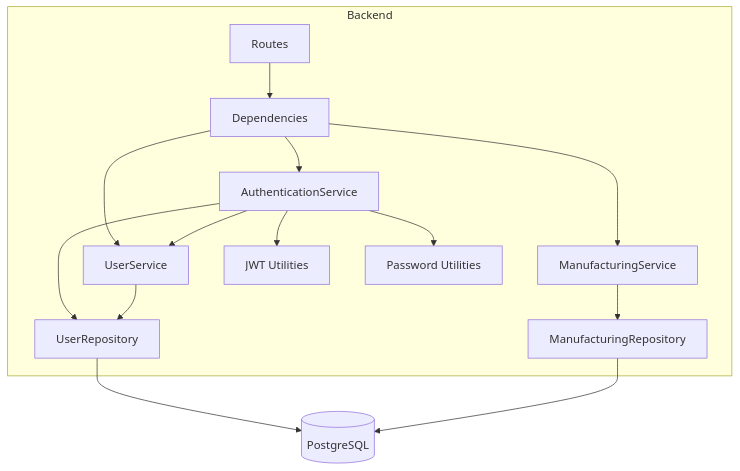
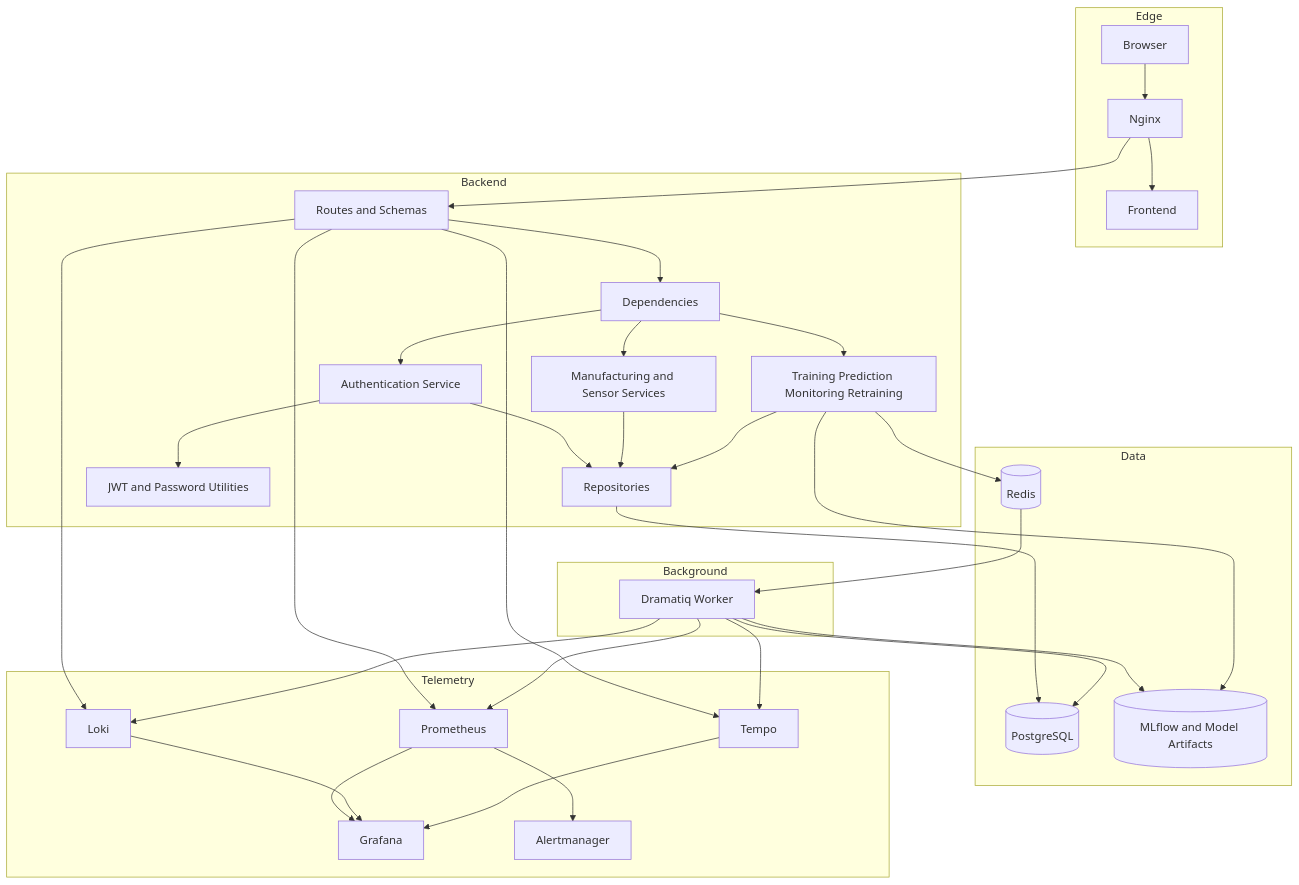
The ninth of 10 diagrams in docs/architecture.md (fariskishtah/enterprise-ai-platform), drawn with Mermaid before and after one commit. The commit also changed other lines of this file and 3 other files, not shown here.

````diff
--- a/docs/architecture.md
+++ b/docs/architecture.md
@@ -198,26 +387,60 @@
 ```mermaid
 flowchart TB
+    subgraph Edge
+        Browser
+        Nginx
+        Frontend
+    end
     subgraph Backend
-        API[Routes]
+        API[Routes and Schemas]
         DI[Dependencies]
-        Auth[AuthenticationService]
-        Users[UserService]
-        Manufacturing[ManufacturingService]
-        UserRepo[UserRepository]
-        ManufacturingRepo[ManufacturingRepository]
-        JWT[JWT Utilities]
-        Passwords[Password Utilities]
+        Auth[Authentication Service]
+        Manufacturing[Manufacturing and Sensor Services]
+        AI[Training Prediction Monitoring Retraining]
+        Repositories[Repositories]
+        Security[JWT and Password Utilities]
     end
+    subgraph Data
+        DB[(PostgreSQL)]
+        Redis[(Redis)]
+        MLflow[(MLflow and Model Artifacts)]
+    end
+    subgraph Background
+        Worker[Dramatiq Worker]
+    end
+    subgraph Telemetry
+        Prometheus
+        Loki
+        Tempo
+        Grafana
+        Alertmanager
+    end
+
+    Browser --> Nginx
+    Nginx --> Frontend
+    Nginx --> API
     API --> DI
     DI --> Auth
-    DI --> Users
     DI --> Manufacturing
-    Auth --> Users
-    Auth --> UserRepo
-    Users --> UserRepo
-    Manufacturing --> ManufacturingRepo
-    Auth --> JWT
-    Auth --> Passwords
-    UserRepo --> DB[(PostgreSQL)]
-    ManufacturingRepo --> DB
+    DI --> AI
+    Auth --> Repositories
+    Manufacturing --> Repositories
+    AI --> Repositories
+    Auth --> Security
+    Repositories --> DB
+    AI --> Redis
+    Redis --> Worker
+    Worker --> DB
+    Worker --> MLflow
+    AI --> MLflow
+    API --> Prometheus
+    API --> Loki
+    API --> Tempo
+    Worker --> Prometheus
+    Worker --> Loki
+    Worker --> Tempo
+    Prometheus --> Grafana
+    Loki --> Grafana
+    Tempo --> Grafana
+    Prometheus --> Alertmanager
 ```
````
